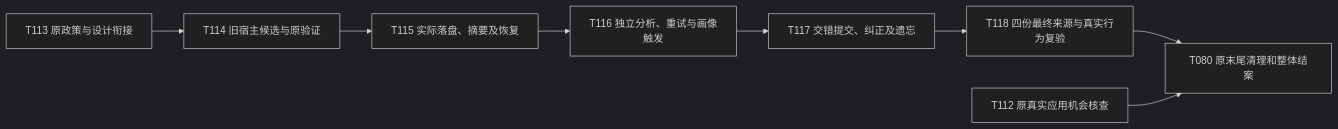
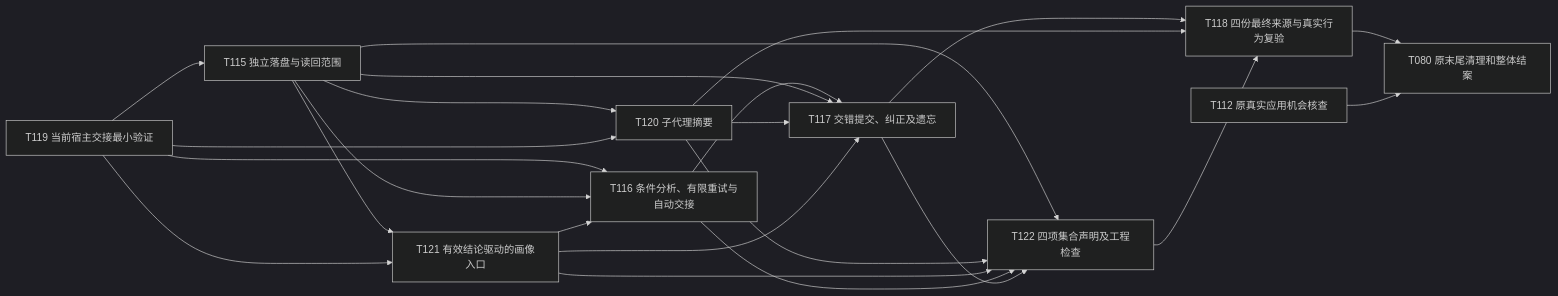
One commit to Ena-Heleneto/agent-foundry changed the first of 5 diagrams in specs/skills/20261029-speckit-workflow-foundation/diagrams/logic-flow.md. Above: the diagram before and after it, drawn with Mermaid (dark theme). The commit also changed other lines of this file and 53 other files, not shown here.

````diff
--- a/specs/skills/20261029-speckit-workflow-foundation/diagrams/logic-flow.md
+++ b/specs/skills/20261029-speckit-workflow-foundation/diagrams/logic-flow.md
@@ -7,10 +7,25 @@
 ```mermaid
 flowchart LR
-    T113["T113 原政策与设计衔接"] --> T114["T114 旧宿主候选与原验证"]
-    T114 --> T115["T115 实际落盘、摘要及恢复"]
-    T115 --> T116["T116 独立分析、重试与画像触发"]
+    T119["T119 当前宿主交接最小验证"] --> T115["T115 独立落盘与读回范围"]
+    T115 --> T120["T120 子代理摘要"]
+    T115 --> T121["T121 有效结论驱动的画像入口"]
+    T119 --> T120
+    T119 --> T121
+    T119 --> T116["T116 条件分析、有限重试与自动交接"]
+    T115 --> T116
+    T121 --> T116
     T116 --> T117["T117 交错提交、纠正及遗忘"]
+    T115 --> T117
+    T120 --> T117
+    T121 --> T117
+    T115 --> T122["T122 四项集合声明及工程检查"]
+    T120 --> T122
+    T121 --> T122
+    T116 --> T122
+    T117 --> T122
     T117 --> T118["T118 四份最终来源与真实行为复验"]
+    T120 --> T118
+    T122 --> T118
     T118 --> T080["T080 原末尾清理和整体结案"]
     T112["T112 原真实应用机会核查"] --> T080
 ```
````
